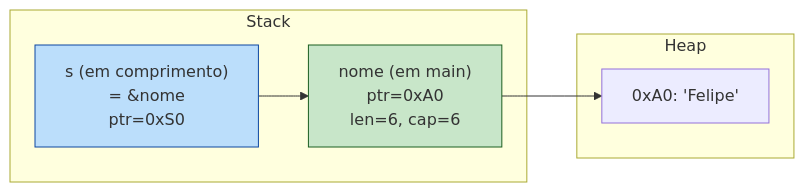
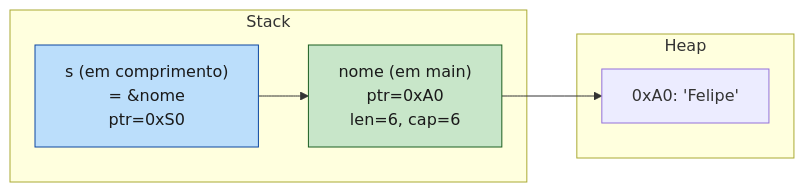
One commit to Felipeness/ferro-e-espirito changed the first of 5 diagrams in book/part-04-ownership/ch11-borrowing.md. Above: the diagram before and after it, drawn with Mermaid. The commit also changed other lines of this file and 56 other files, not shown here.

First line of the commit message:
fix: contraste de texto em diagramas mermaid

````diff
--- a/book/part-04-ownership/ch11-borrowing.md
+++ b/book/part-04-ownership/ch11-borrowing.md
@@ -51,16 +51,16 @@
 ```mermaid
 graph LR
     subgraph Stack
         nome["nome (em main)<br/>ptr=0xA0<br/>len=6, cap=6"]
         s["s (em comprimento)<br/>= &nome<br/>ptr=0xS0"]
     end
     subgraph Heap
         h["0xA0: 'Felipe'"]
     end
 
     nome --> h
     s --> nome
 
-    style nome fill:#c8e6c9,stroke:#1b5e20
-    style s fill:#bbdefb,stroke:#0d47a1
+    style nome fill:#c8e6c9,stroke:#1b5e20,color:#1a1a1a
+    style s fill:#bbdefb,stroke:#0d47a1,color:#1a1a1a
 ```
````
